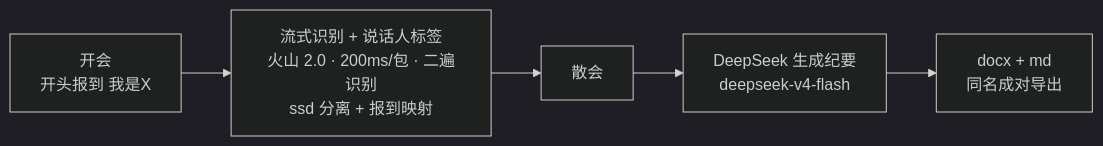
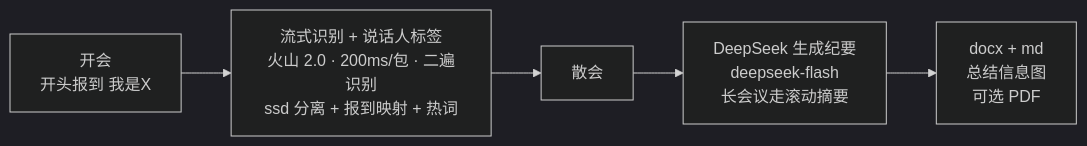
The diagram in README.zh-CN.md (sannongwangluo/yanji), drawn with Mermaid (dark theme) before and after one commit. The commit also changed other lines of this file and 36 other files, not shown here.

````diff
--- a/README.zh-CN.md
+++ b/README.zh-CN.md
@@ -25,7 +25,7 @@
 ```mermaid
 flowchart LR
-    A[开会<br/>开头报到 我是X] --> B[流式识别 + 说话人标签<br/>火山 2.0 · 200ms/包 · 二遍识别<br/>ssd 分离 + 报到映射]
+    A[开会<br/>开头报到 我是X] --> B[流式识别 + 说话人标签<br/>火山 2.0 · 200ms/包 · 二遍识别<br/>ssd 分离 + 报到映射 + 热词]
     B --> C[散会]
-    C --> D[DeepSeek 生成纪要<br/>deepseek-v4-flash]
-    D --> E[docx + md<br/>同名成对导出]
+    C --> D[DeepSeek 生成纪要<br/>deepseek-flash<br/>长会议走滚动摘要]
+    D --> E[docx + md<br/>总结信息图<br/>可选 PDF]
 ```
````
